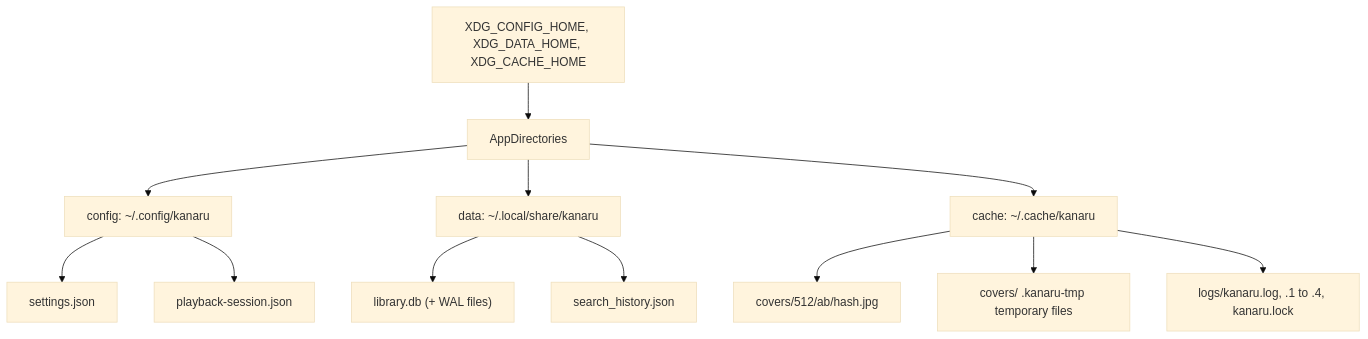
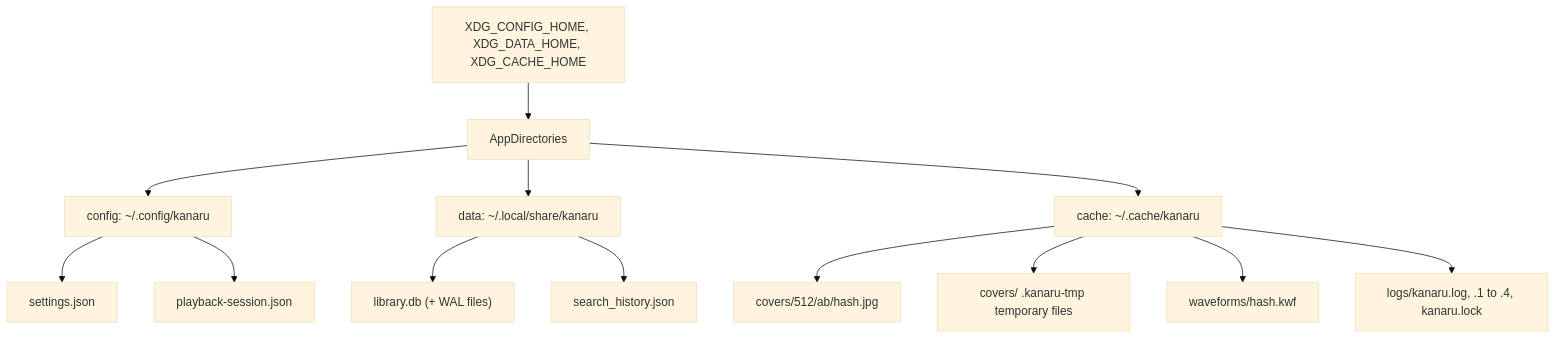
One commit to kanaru313/kanaru changed the sixth of 8 diagrams in docs/system-architecture.md. Above: the diagram before and after it, drawn with Mermaid (base theme). The commit also changed other lines of this file and 30 other files, not shown here.

````diff
--- a/docs/system-architecture.md
+++ b/docs/system-architecture.md
@@ -324,14 +339,15 @@
 ```mermaid
 flowchart TB
     Env["XDG_CONFIG_HOME, XDG_DATA_HOME, XDG_CACHE_HOME"] --> Res["AppDirectories"]
     Res --> Cfg["config: ~/.config/kanaru"]
     Res --> Data["data: ~/.local/share/kanaru"]
     Res --> Cache["cache: ~/.cache/kanaru"]
     Cfg --> Settings["settings.json"]
     Cfg --> Session["playback-session.json"]
     Data --> Lib["library.db (+ WAL files)"]
     Data --> SearchHist["search_history.json"]
     Cache --> Covers["covers/512/ab/hash.jpg"]
     Cache --> Tmp["covers/ .kanaru-tmp temporary files"]
+    Cache --> Waves["waveforms/hash.kwf"]
     Cache --> Logs["logs/kanaru.log, .1 to .4, kanaru.lock"]
 ```
````
